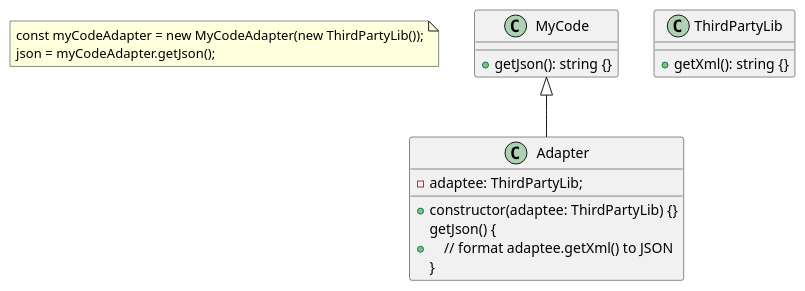
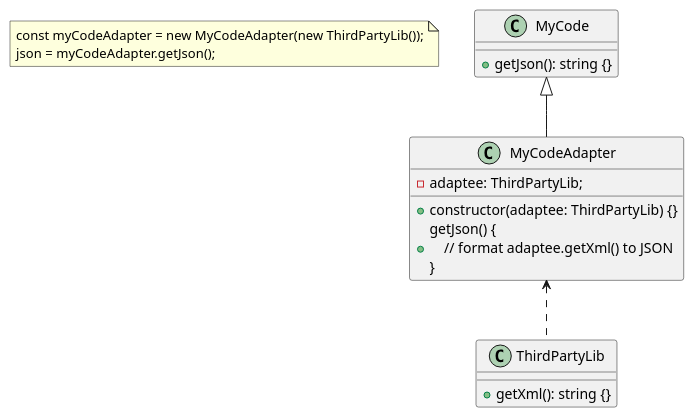
The diagram in structural/adapter/adapter.puml (cesarkohl/design-patterns), drawn with PlantUML before and after one commit. The commit also changed 5 other files, not shown here.

```diff
--- a/structural/adapter/adapter.puml
+++ b/structural/adapter/adapter.puml
@@ -1,20 +1,22 @@
 @startuml
 note as n1
 const myCodeAdapter = new MyCodeAdapter(new ThirdPartyLib());
 json = myCodeAdapter.getJson();
 end note
 
 class MyCode {
     + getJson(): string {}
 }
 
 class ThirdPartyLib {
     + getXml(): string {}
 }
 
-class Adapter extends MyCode {
+class MyCodeAdapter extends MyCode {
     - adaptee: ThirdPartyLib;
     + constructor(adaptee: ThirdPartyLib) {}
     + getJson() {\n    // format adaptee.getXml() to JSON\n}
 }
+
+MyCodeAdapter <.. ThirdPartyLib
 @enduml
```
